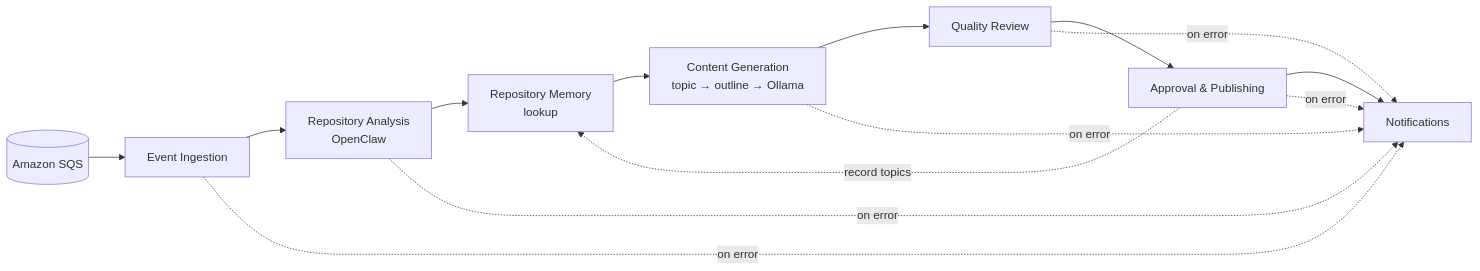
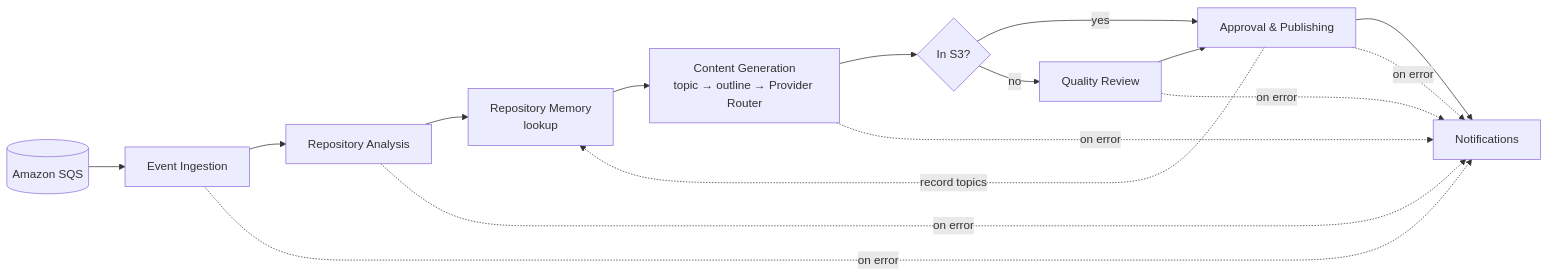
The third of 10 diagrams in docs/workflows.md (teddynted/ai-github-repository-blog-generator), drawn with Mermaid before and after one commit. The commit also changed other lines of this file, not shown here.

First line of the commit message:
docs(workflows): /process → Step Functions → worker + Provider Router (Stage D)

````diff
--- a/docs/workflows.md
+++ b/docs/workflows.md
@@ -105,16 +90,18 @@
 ```mermaid
 flowchart LR
     SQS[(Amazon SQS)] --> I[Event Ingestion]
-    I --> A[Repository Analysis<br/>OpenClaw]
+    I --> A[Repository Analysis]
     A --> M[Repository Memory<br/>lookup]
-    M --> G[Content Generation<br/>topic → outline → Ollama]
-    G --> R[Quality Review]
+    M --> G[Content Generation<br/>topic → outline → Provider Router]
+    G --> S3{In S3?}
+    S3 -- yes --> P
+    S3 -- no --> R[Quality Review]
     R --> P[Approval & Publishing]
     P --> N[Notifications]
     P -.record topics.-> M
     I -. on error .-> N
     A -. on error .-> N
     G -. on error .-> N
     R -. on error .-> N
     P -. on error .-> N
 ```
````
